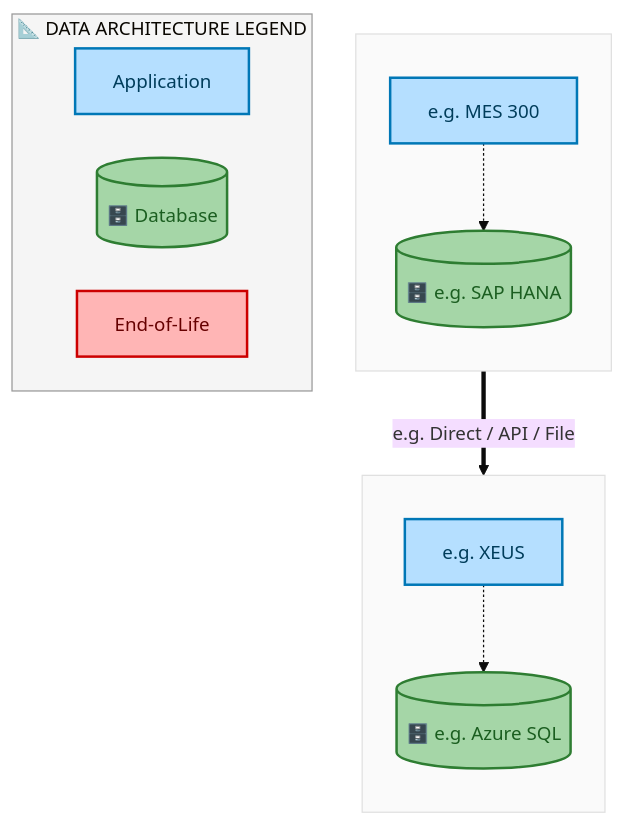
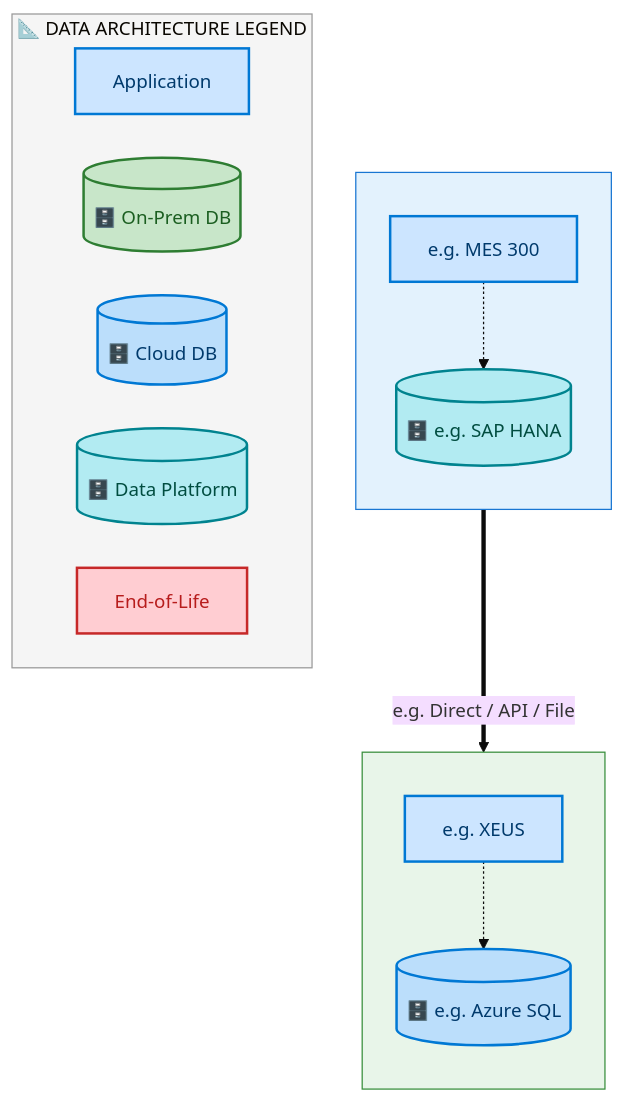
One commit to sajivfrancis777/IAO-Architecture changed the third of 7 diagrams in towers/E2E/Forecast to Stock/E2E-122/output/docs/systems-architecture/E2E-122-Architecture.md. Above: the diagram before and after it, drawn with Mermaid. The commit also changed other lines of this file and 394 other files, not shown here.

First line of the commit message:
feat: structured layer ordering for Mermaid architecture diagrams

````diff
--- a/towers/E2E/Forecast to Stock/E2E-122/output/docs/systems-architecture/E2E-122-Architecture.md
+++ b/towers/E2E/Forecast to Stock/E2E-122/output/docs/systems-architecture/E2E-122-Architecture.md
@@ -364,33 +364,37 @@
 ```mermaid
 %%{init: {"theme": "base", "securityLevel": "loose", "themeVariables": {"fontSize": "15px", "fontFamily": "Segoe UI, Arial"}, "flowchart": {"useMaxWidth": false, "htmlLabels": true, "nodeSpacing": 35, "rankSpacing": 45}} }%%
 flowchart TB
-    classDef appBox fill:#B5DFFF,stroke:#0077B6,stroke-width:2px,color:#003D5B
-    classDef dbCyl fill:#A5D6A7,stroke:#2E7D32,stroke-width:2px,color:#1B5E20
-    classDef eolBox fill:#FFB5B5,stroke:#CC0000,stroke-width:2px,color:#660000
+    classDef appBox fill:#CCE5FF,stroke:#0078D4,stroke-width:2px,color:#003A6C
+    classDef dbCyl fill:#C8E6C9,stroke:#2E7D32,stroke-width:2px,color:#1B5E20
+    classDef dbCloud fill:#BBDEFB,stroke:#0078D4,stroke-width:2px,color:#003A6C
+    classDef dbData fill:#B2EBF2,stroke:#00838F,stroke-width:2px,color:#004D40
+    classDef eolBox fill:#FFCDD2,stroke:#C62828,stroke-width:2px,color:#B71C1C
 
     subgraph E2E122FDACL_e_g_Azure_SQL[" "]
         direction TB
         E2E122FDAA_e_g_XEUS["e.g. XEUS"]:::appBox
-        E2E122FDAD_e_g_Azure_SQL[("🗄️ e.g. Azure SQL")]:::dbCyl
+        E2E122FDAD_e_g_Azure_SQL[("🗄️ e.g. Azure SQL")]:::dbCloud
         E2E122FDAA_e_g_XEUS -.-> E2E122FDAD_e_g_Azure_SQL
     end
-    style E2E122FDACL_e_g_Azure_SQL fill:#FAFAFA,stroke:#E0E0E0,stroke-width:1px
+    style E2E122FDACL_e_g_Azure_SQL fill:#E8F5E9,stroke:#388E3C,stroke-width:1px
 
     subgraph E2E122FDACL_e_g_SAP_HANA[" "]
         direction TB
         E2E122FDAA_e_g_MES_300["e.g. MES 300"]:::appBox
-        E2E122FDAD_e_g_SAP_HANA[("🗄️ e.g. SAP HANA")]:::dbCyl
+        E2E122FDAD_e_g_SAP_HANA[("🗄️ e.g. SAP HANA")]:::dbData
         E2E122FDAA_e_g_MES_300 -.-> E2E122FDAD_e_g_SAP_HANA
     end
-    style E2E122FDACL_e_g_SAP_HANA fill:#FAFAFA,stroke:#E0E0E0,stroke-width:1px
+    style E2E122FDACL_e_g_SAP_HANA fill:#E3F2FD,stroke:#1976D2,stroke-width:1px
 
     E2E122FDAD_e_g_SAP_HANA ==>|"e.g. Direct / API / File"| E2E122FDAD_e_g_Azure_SQL
 
     subgraph Legend["📐 DATA ARCHITECTURE LEGEND"]
         direction LR
         L_A["Application"]:::appBox
-        L_D[("🗄️ Database")]:::dbCyl
+        L_D[("🗄️ On-Prem DB")]:::dbCyl
+        L_DC[("🗄️ Cloud DB")]:::dbCloud
+        L_DD[("🗄️ Data Platform")]:::dbData
         L_E["End-of-Life"]:::eolBox
     end
     style Legend fill:#F5F5F5,stroke:#999,stroke-width:1px
 ```
````
